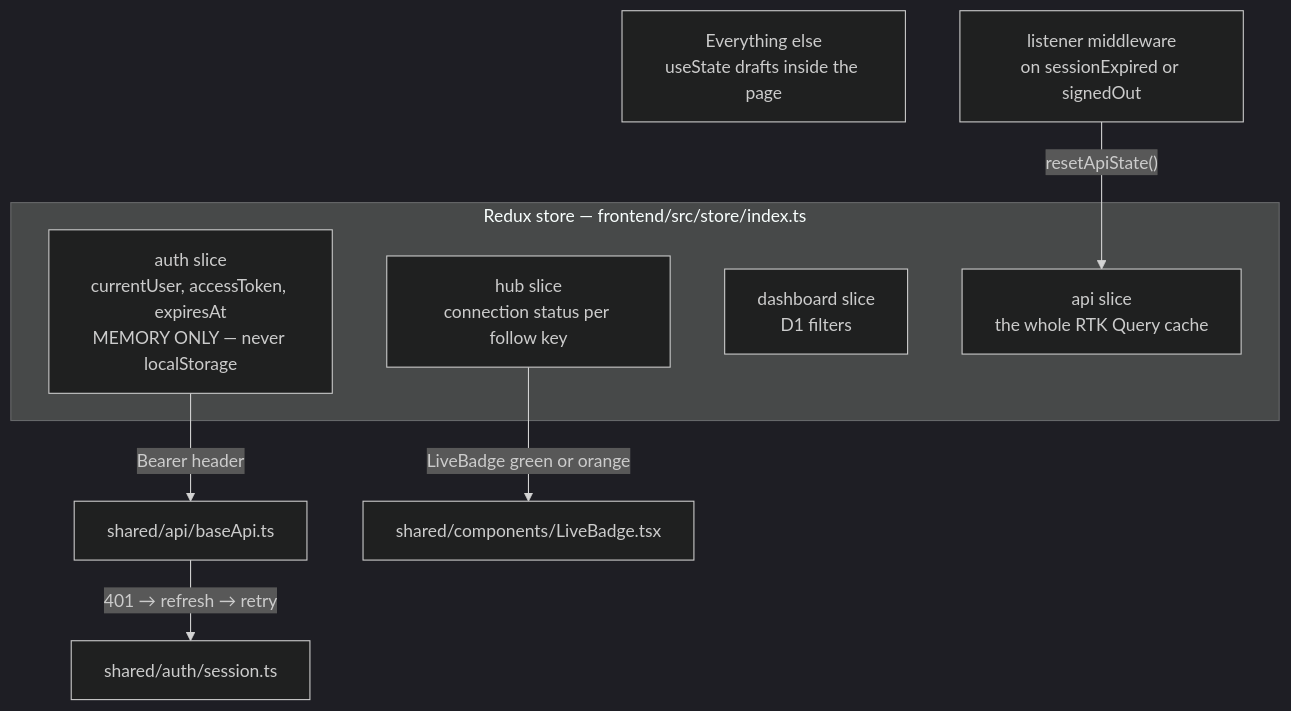
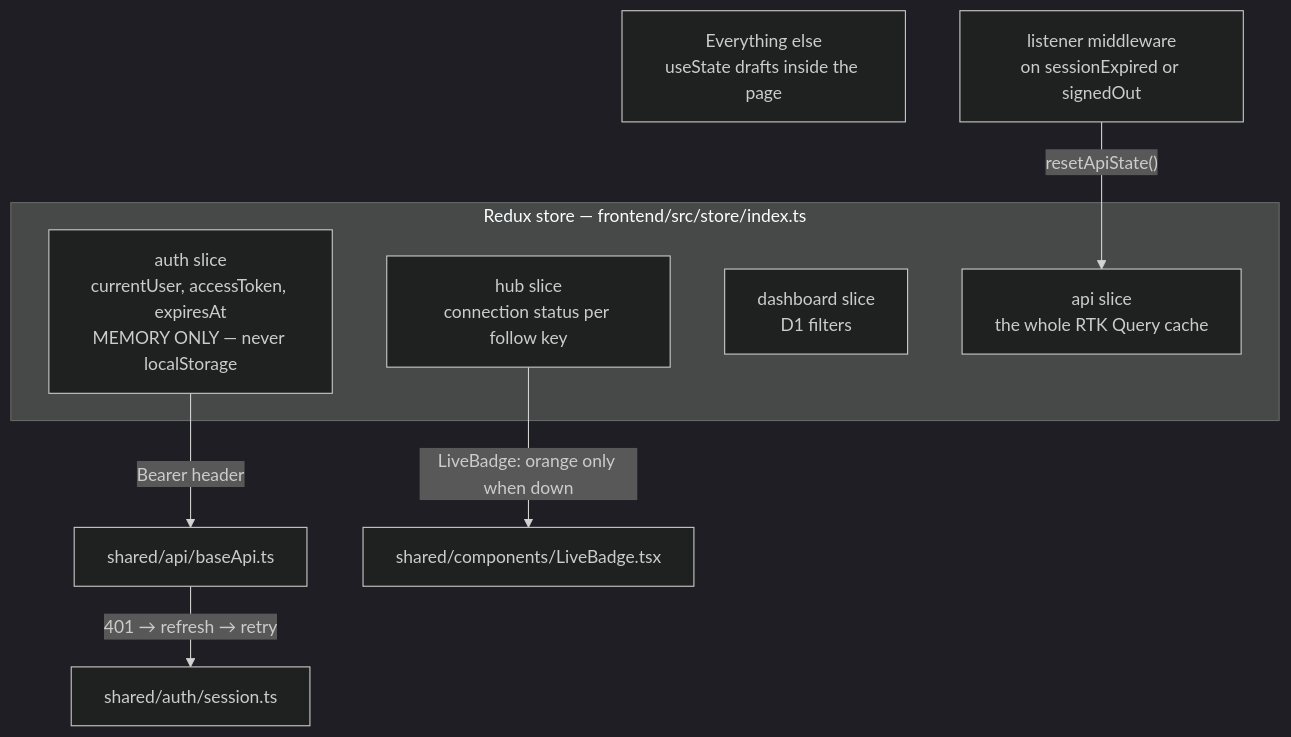
Before and after one commit to ThodsaphonSonthiphin/Facility-Real-time-dashboard: the second of 7 diagrams in docs/code-map.md, drawn with Mermaid (dark theme). The commit also changed other lines of this file and 8 other files, not shown here.

````diff
--- a/docs/code-map.md
+++ b/docs/code-map.md
@@ -194,14 +194,14 @@
 ```mermaid
 graph TD
     subgraph Redux["Redux store — frontend/src/store/index.ts"]
         Auth["auth slice<br/>currentUser, accessToken, expiresAt<br/>MEMORY ONLY — never localStorage"]
         Hub["hub slice<br/>connection status per follow key"]
         Dash["dashboard slice<br/>D1 filters"]
         Api["api slice<br/>the whole RTK Query cache"]
     end
     Local["Everything else<br/>useState drafts inside the page"]
     Auth -->|"Bearer header"| Base["shared/api/baseApi.ts"]
     Base -->|"401 → refresh → retry"| Session["shared/auth/session.ts"]
-    Hub -->|"LiveBadge green or orange"| Badge["shared/components/LiveBadge.tsx"]
+    Hub -->|"LiveBadge: orange only when down"| Badge["shared/components/LiveBadge.tsx"]
     Reset["listener middleware<br/>on sessionExpired or signedOut"] -->|"resetApiState()"| Api
 ```
````
